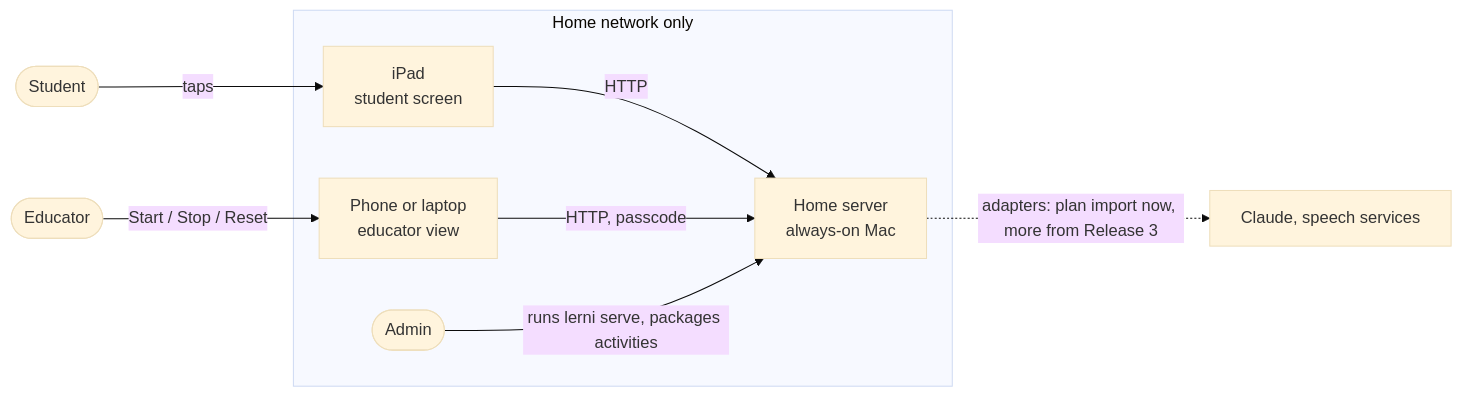
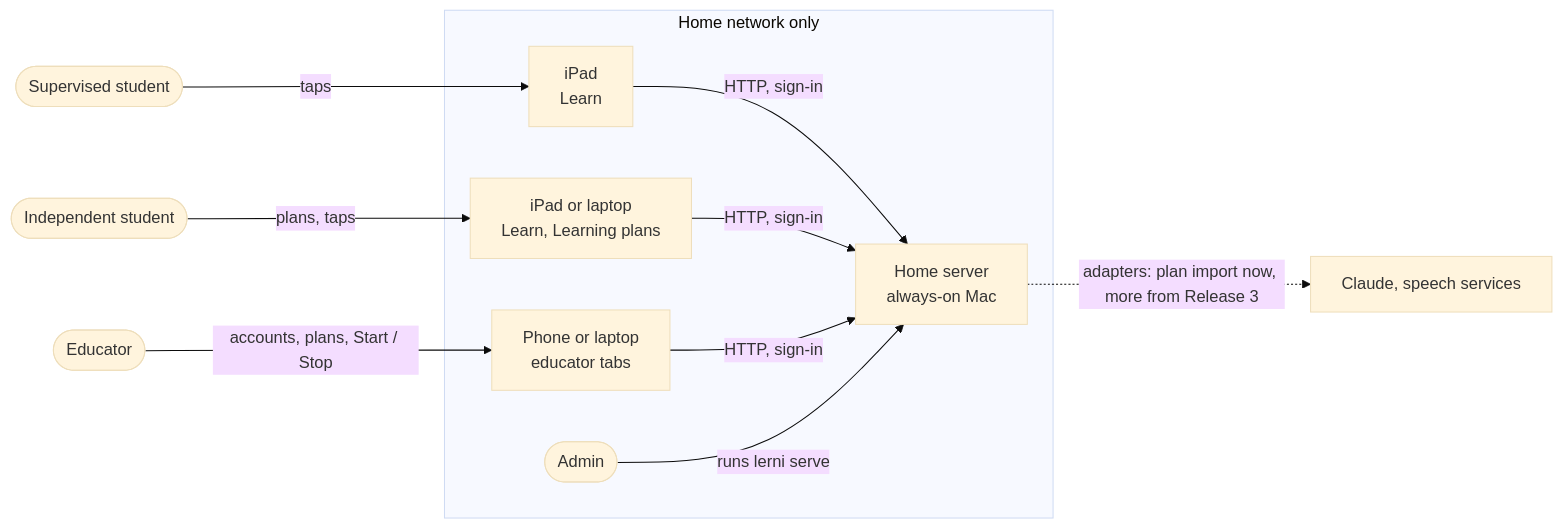
Before and after one commit to torenunez/lerni: the first of 3 diagrams in docs/ARCHITECTURE.md, drawn with Mermaid (base theme). The commit also changed other lines of this file and 13 other files, not shown here.

First line of the commit message:
Docs: reframe for supervised and independent students

````diff
--- a/docs/ARCHITECTURE.md
+++ b/docs/ARCHITECTURE.md
@@ -15,12 +21,14 @@
 ```mermaid
 flowchart LR
-    student([Student]) -- taps --> ipad[iPad<br/>student screen]
-    educator([Educator]) -- Start / Stop / Reset --> edev[Phone or laptop<br/>educator view]
+    student([Supervised student]) -- taps --> ipad[iPad<br/>Learn]
+    indep([Independent student]) -- plans, taps --> idev[iPad or laptop<br/>Learn, Learning plans]
+    educator([Educator]) -- accounts, plans, Start / Stop --> edev[Phone or laptop<br/>educator tabs]
     subgraph home[Home network only]
-        ipad -- HTTP --> server[Home server<br/>always-on Mac]
-        edev -- HTTP, passcode --> server
-        admin([Admin]) -- runs lerni serve, packages activities --> server
+        ipad -- HTTP, sign-in --> server[Home server<br/>always-on Mac]
+        idev -- HTTP, sign-in --> server
+        edev -- HTTP, sign-in --> server
+        admin([Admin]) -- runs lerni serve --> server
     end
 
     server -. adapters: plan import now, more from Release 3 .-> ai[Claude, speech services]
 ```
````
